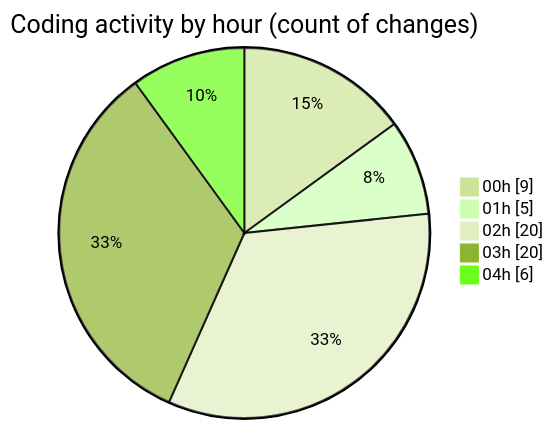
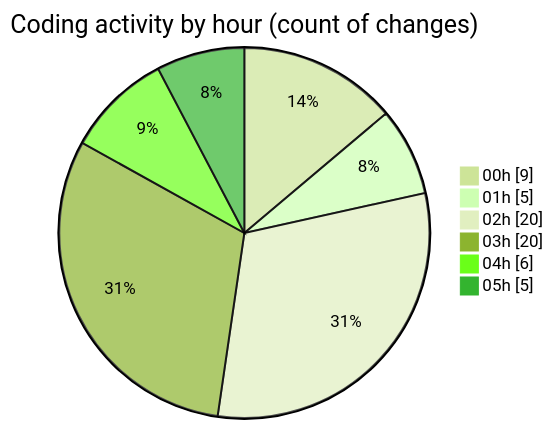
One commit to lephambinh05/code-tracking changed the second of 2 diagrams in 2025-08-05/studybuddy/README.md. Above: the diagram before and after it, drawn with Mermaid (forest theme). The commit also changed other lines of this file and 1 other file, not shown here.

````diff
--- a/2025-08-05/studybuddy/README.md
+++ b/2025-08-05/studybuddy/README.md
@@ -51,9 +52,10 @@
 ```mermaid
 pie showData
 title Coding activity by hour (count of changes)
 "00h" : 9
 "01h" : 5
 "02h" : 20
 "03h" : 20
 "04h" : 6
+"05h" : 5
 ```
````
